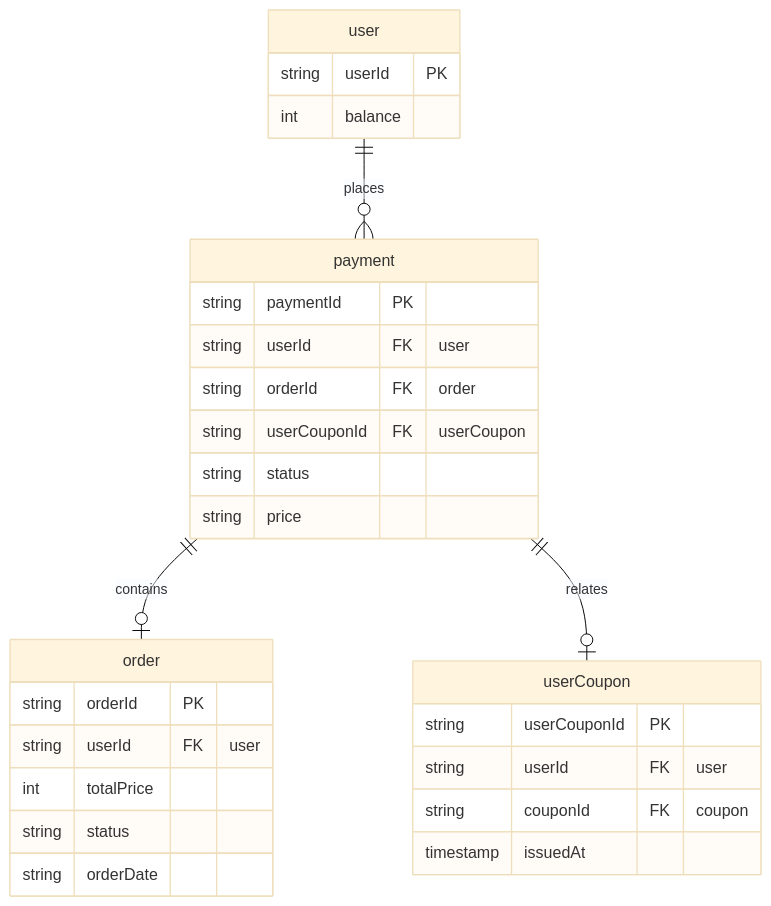
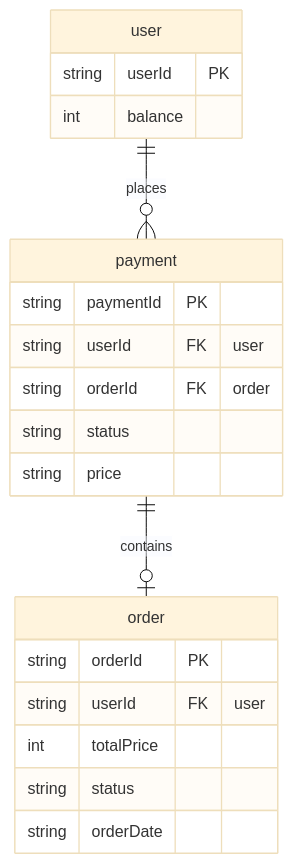
The diagram in docs/erd/Erd_Payment.md (K-CHANHO/hanghae99_2), drawn with Mermaid (base theme) before and after one commit.

Commit message:
[refactor] 결제 ERD 수정

````diff
--- a/docs/erd/Erd_Payment.md
+++ b/docs/erd/Erd_Payment.md
@@ -1,33 +1,25 @@
 ```mermaid
 erDiagram
     user{
         string userId PK
         int balance
     }
     order{
         string orderId PK
         string userId FK "user"
         int totalPrice
         string status
         string orderDate
     }
     payment {
         string paymentId PK
         string userId FK "user"
         string orderId FK "order"
-        string userCouponId FK "userCoupon"
         string status
         string price
     }
-    userCoupon{
-        string userCouponId PK
-        string userId FK "user"
-        string couponId FK "coupon"
-        timestamp issuedAt
-    }
+    
 
     user ||--o{ payment : places
     payment ||--o| order : contains
-    payment ||--o| userCoupon : relates
-
 ```
````
